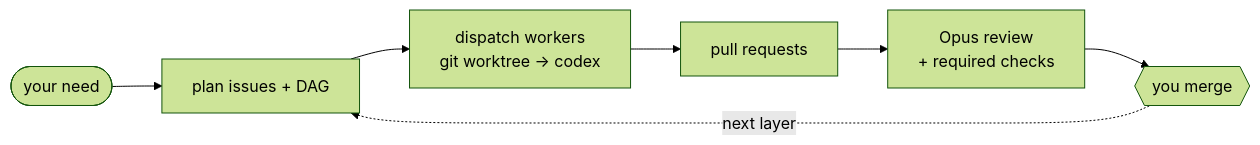
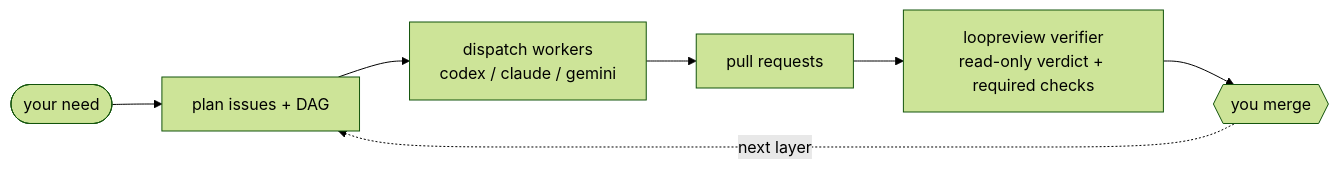
The diagram in README.md (jasonhnd/loopcoder), drawn with Mermaid (forest theme) before and after one commit. The commit also changed other lines of this file and 3 other files, not shown here.

````diff
--- a/README.md
+++ b/README.md
@@ -24,9 +24,9 @@
 ```mermaid
 flowchart LR
   need([your need]) --> plan[plan issues + DAG]
-  plan --> dispatch[dispatch workers<br/>git worktree -> codex]
+  plan --> dispatch[dispatch workers<br/>codex / claude / gemini]
   dispatch --> pr[pull requests]
-  pr --> review[Opus review<br/>+ required checks]
+  pr --> review[loopreview verifier<br/>read-only verdict + required checks]
   review --> gate{{you merge}}
   gate -. next layer .-> plan
 ```
````
